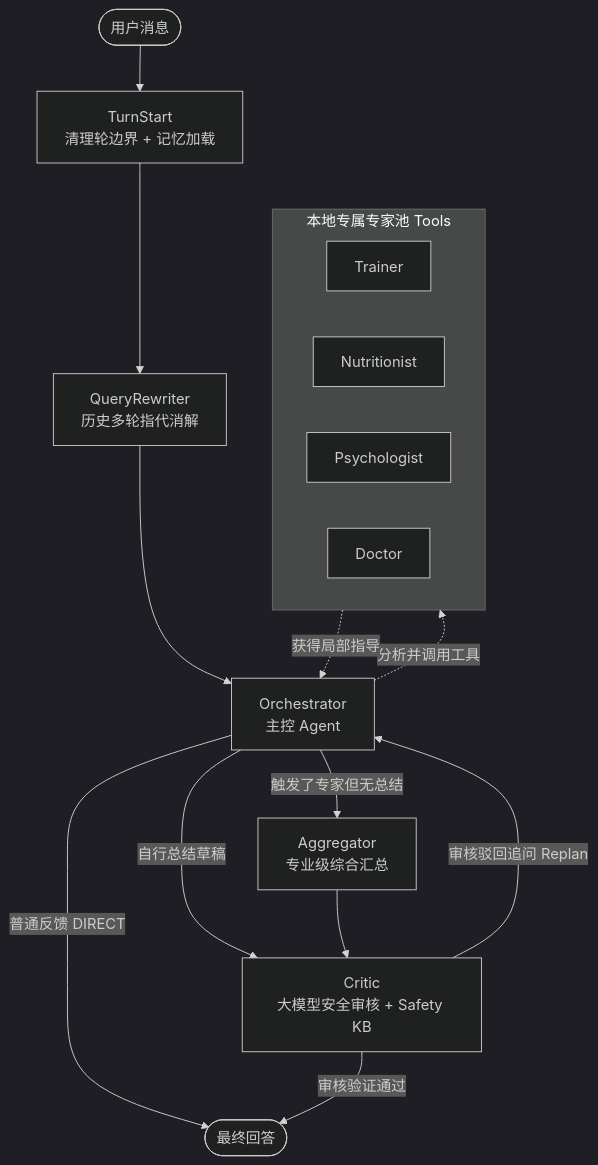
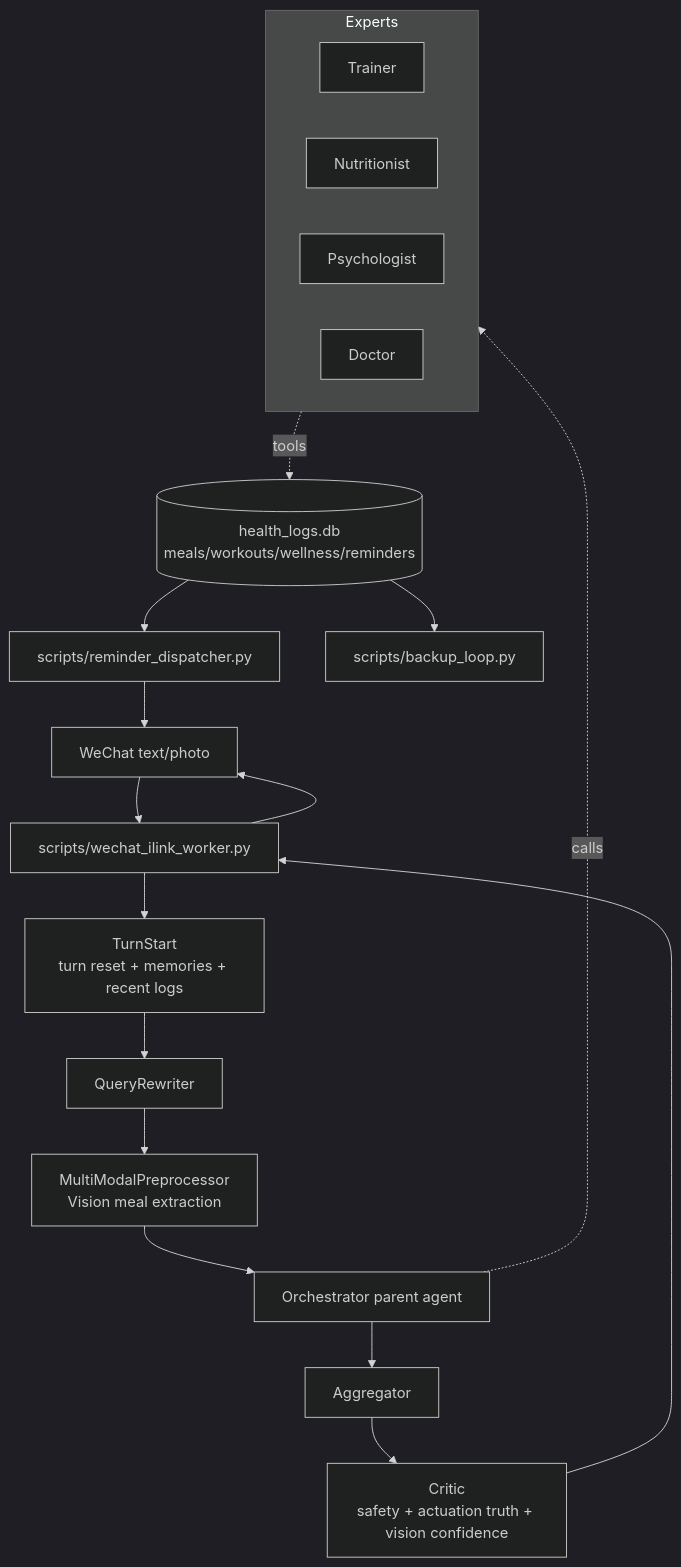
Before and after one commit to MichaelSou1/wellness-copilot: the diagram in README.md, drawn with Mermaid (dark theme). The commit also changed other lines of this file and 45 other files, not shown here.

````diff
--- a/README.md
+++ b/README.md
@@ -13,25 +14,26 @@
 ```mermaid
 flowchart TD
-    User([用户消息]) --> TS[TurnStart<br/>清理轮边界 + 记忆加载]
-    TS --> QR[QueryRewriter<br/>历史多轮指代消解]
-    QR --> Orc[Orchestrator<br/>主控 Agent]
+    WX[WeChat text/photo] --> Worker[scripts/wechat_ilink_worker.py]
+    Worker --> TS[TurnStart<br/>turn reset + memories + recent logs]
+    TS --> QR[QueryRewriter]
+    QR --> MMP[MultiModalPreprocessor<br/>Vision meal extraction]
+    MMP --> Orc[Orchestrator parent agent]
 
-    subgraph Experts [本地专属专家池 Tools]
-        direction LR
-        Trainer[Trainer]
-        Nutritionist[Nutritionist]
-        Psychologist[Psychologist]
-        Doctor[Doctor]
+    subgraph Experts
+      Trainer[Trainer]
+      Nutritionist[Nutritionist]
+      Psychologist[Psychologist]
+      Doctor[Doctor]
     end
 
-    Orc -.->|分析并调用工具| Experts
-    Experts -.->|获得局部指导| Orc
+    Orc -. calls .-> Experts
+    Experts -. tools .-> Logs[(health_logs.db<br/>meals/workouts/wellness/reminders)]
+    Orc --> Agg[Aggregator]
+    Agg --> Critic[Critic<br/>safety + actuation truth + vision confidence]
+    Critic --> Worker
+    Worker --> WX
 
-    Orc -->|普通反馈 DIRECT| END_NODE([最终回答])
-    Orc -->|自行总结草稿| Critic[Critic<br/>大模型安全审核 + Safety KB]
-    Orc -->|触发了专家但无总结| Aggregator[Aggregator<br/>专业级综合汇总]
-    Aggregator --> Critic
-
-    Critic -->|审核驳回追问 Replan| Orc
-    Critic -->|审核验证通过| END_NODE
+    Logs --> Dispatcher[scripts/reminder_dispatcher.py]
+    Dispatcher --> WX
+    Logs --> Backup[scripts/backup_loop.py]
 ```
````
